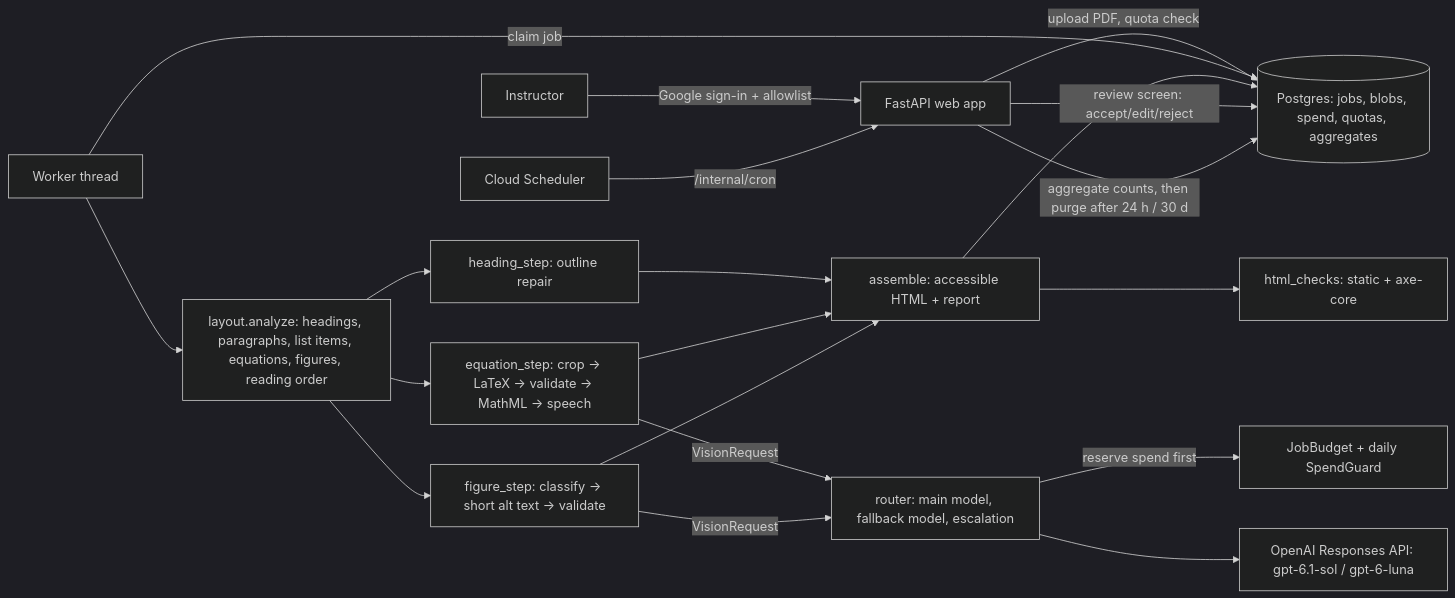
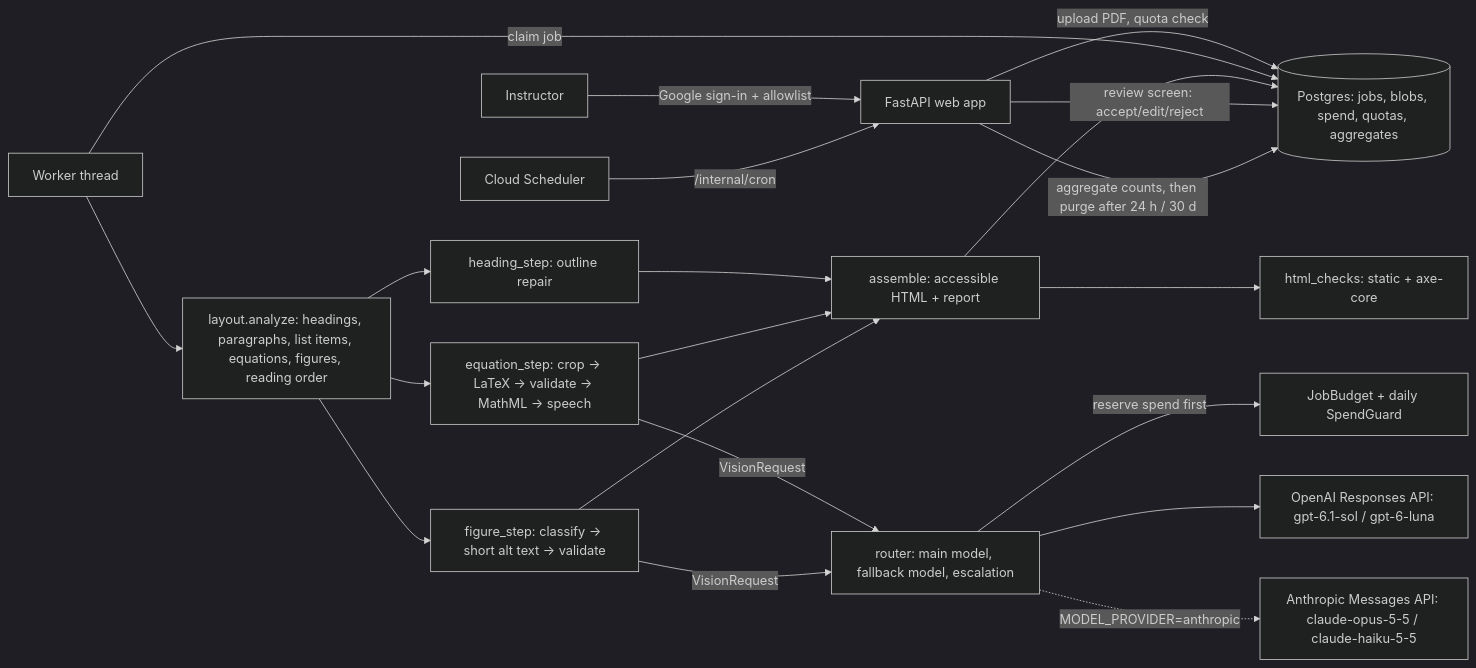
The diagram in docs/design/beta-architecture.md (harishm17/readablestem), drawn with Mermaid (dark theme) before and after one commit. The commit also changed other lines of this file and 17 other files, not shown here.

First line of the commit message:
Document the Anthropic provider and deploy with it

````diff
--- a/docs/design/beta-architecture.md
+++ b/docs/design/beta-architecture.md
@@ -25,19 +25,20 @@
 ```mermaid
 flowchart LR
   U[Instructor] -->|Google sign-in + allowlist| W[FastAPI web app]
   W -->|upload PDF, quota check| DB[(Postgres: jobs, blobs, spend, quotas, aggregates)]
   WK[Worker thread] -->|claim job| DB
   WK --> L[layout.analyze: headings, paragraphs, list items, equations, figures, reading order]
   L --> H[heading_step: outline repair]
   L --> E[equation_step: crop -> LaTeX -> validate -> MathML -> speech]
   L --> F[figure_step: classify -> short alt text -> validate]
   E & F -->|VisionRequest| R[router: main model, fallback model, escalation]
   R -->|reserve spend first| B[JobBudget + daily SpendGuard]
   R --> O[OpenAI Responses API: gpt-6.1-sol / gpt-6-luna]
+  R -.->|MODEL_PROVIDER=anthropic| AN[Anthropic Messages API: claude-opus-5-5 / claude-haiku-5-5]
   H & E & F --> A[assemble: accessible HTML + report]
   A --> C[html_checks: static + axe-core]
   A --> DB
   W -->|review screen: accept/edit/reject| DB
   CR[Cloud Scheduler] -->|/internal/cron| W
   W -->|aggregate counts, then purge after 24 h / 30 d| DB
 ```
````
